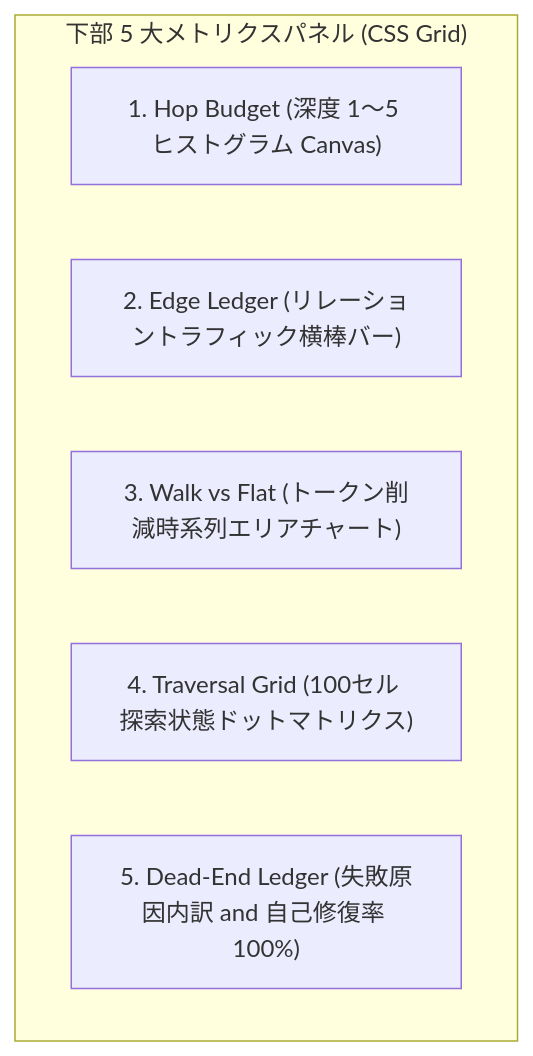
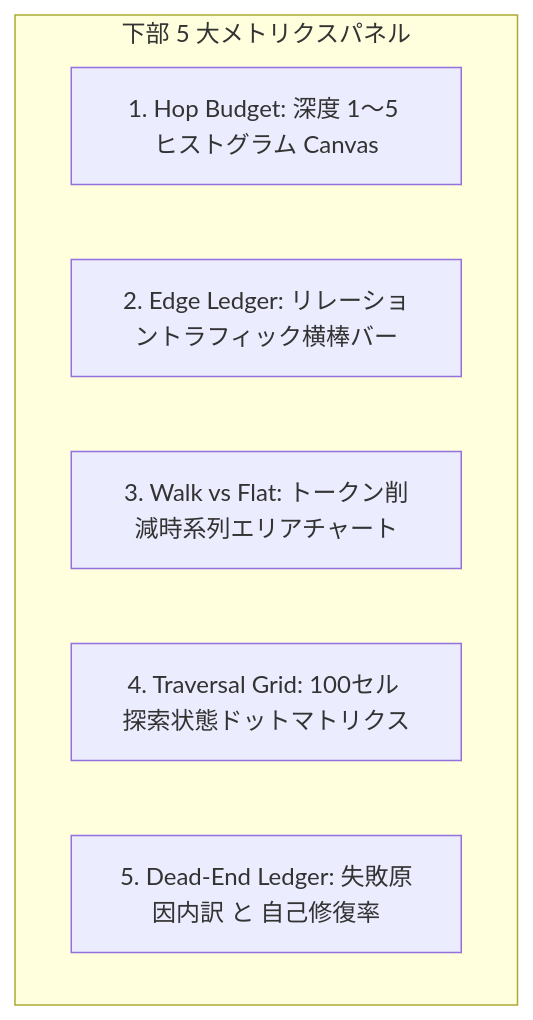
Before and after one commit to rokujyouhitoma/arxiv-security-papers: the sixth of 6 diagrams in docs/designs/DSN-14-graph_engineering_dashboard.md, drawn with Mermaid. The commit also changed other lines of this file, not shown here.

Commit message:
fix(docs): fix Mermaid diagram syntax in DSN-14 for universal renderer compatibility

````diff
--- a/docs/designs/DSN-14-graph_engineering_dashboard.md
+++ b/docs/designs/DSN-14-graph_engineering_dashboard.md
@@ -467,10 +467,10 @@
 ```mermaid
-graph TD
-    subgraph Panels["下部 5 大メトリクスパネル (CSS Grid)"]
-        P1["1. Hop Budget (深度 1〜5 ヒストグラム Canvas)"]
-        P2["2. Edge Ledger (リレーショントラフィック横棒バー)"]
-        P3["3. Walk vs Flat (トークン削減時系列エリアチャート)"]
-        P4["4. Traversal Grid (100セル 探索状態ドットマトリクス)"]
-        P5["5. Dead-End Ledger (失敗原因内訳 and 自己修復率 100%)"]
+flowchart TD
+    subgraph Panels [下部 5 大メトリクスパネル]
+        P1["1. Hop Budget: 深度 1〜5 ヒストグラム Canvas"]
+        P2["2. Edge Ledger: リレーショントラフィック横棒バー"]
+        P3["3. Walk vs Flat: トークン削減時系列エリアチャート"]
+        P4["4. Traversal Grid: 100セル 探索状態ドットマトリクス"]
+        P5["5. Dead-End Ledger: 失敗原因内訳 と 自己修復率"]
     end
 ```
````
